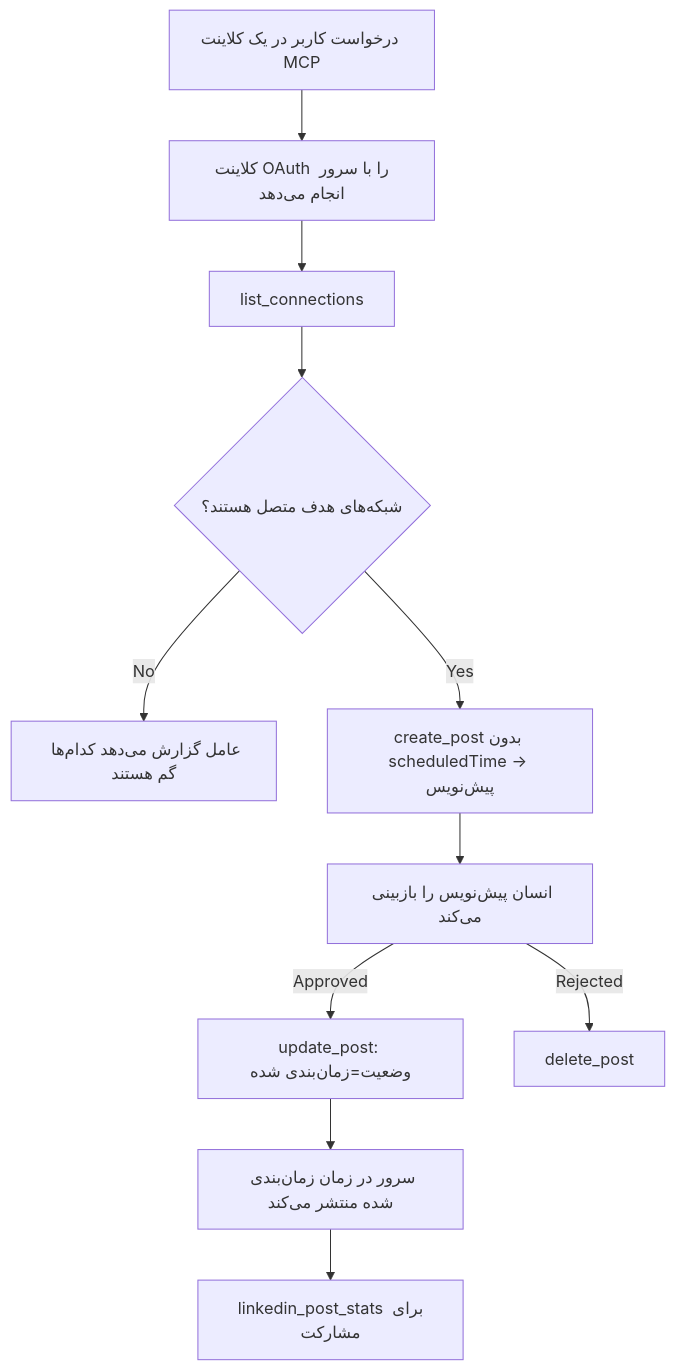
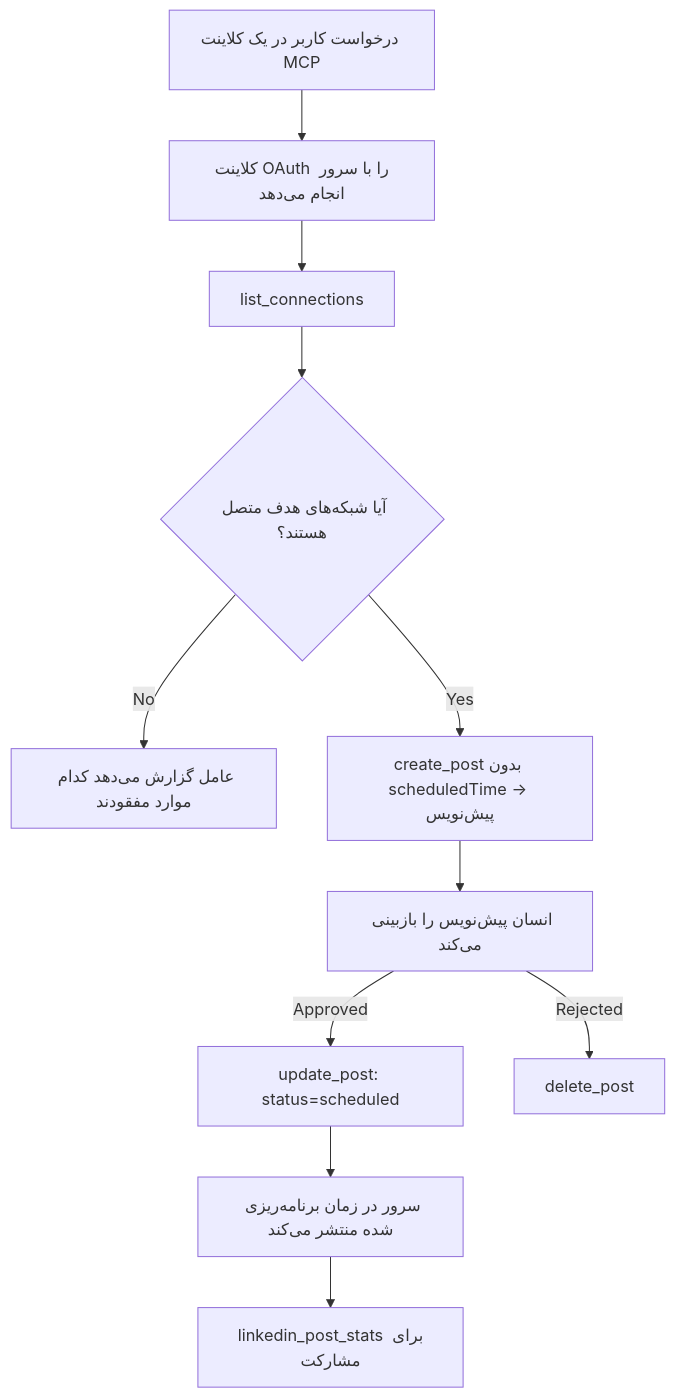
Before and after one commit to microsoft/mcp-for-beginners: the diagram in translations/fa/09-CaseStudy/publora-social-publishing.md, drawn with Mermaid. The commit also changed other lines of this file and 118 other files, not shown here.

````diff
--- a/translations/fa/09-CaseStudy/publora-social-publishing.md
+++ b/translations/fa/09-CaseStudy/publora-social-publishing.md
@@ -47,13 +47,13 @@
 ```mermaid
 flowchart TD
     A[درخواست کاربر در یک کلاینت MCP] --> B[کلاینت OAuth را با سرور انجام می‌دهد]
     B --> C[list_connections]
-    C --> D{شبکه‌های هدف متصل هستند؟}
-    D -- No --> E[عامل گزارش می‌دهد کدام‌ها گم هستند]
+    C --> D{آیا شبکه‌های هدف متصل هستند؟}
+    D -- No --> E[عامل گزارش می‌دهد کدام موارد مفقودند]
     D -- Yes --> F[create_post بدون scheduledTime -> پیش‌نویس]
     F --> G[انسان پیش‌نویس را بازبینی می‌کند]
-    G -- Approved --> H[update_post: وضعیت=زمان‌بندی شده]
+    G -- Approved --> H[update_post: status=scheduled]
     G -- Rejected --> I[delete_post]
-    H --> J[سرور در زمان زمان‌بندی شده منتشر می‌کند]
+    H --> J[سرور در زمان برنامه‌ریزی شده منتشر می‌کند]
     J --> K[linkedin_post_stats برای مشارکت]
 ```
````
